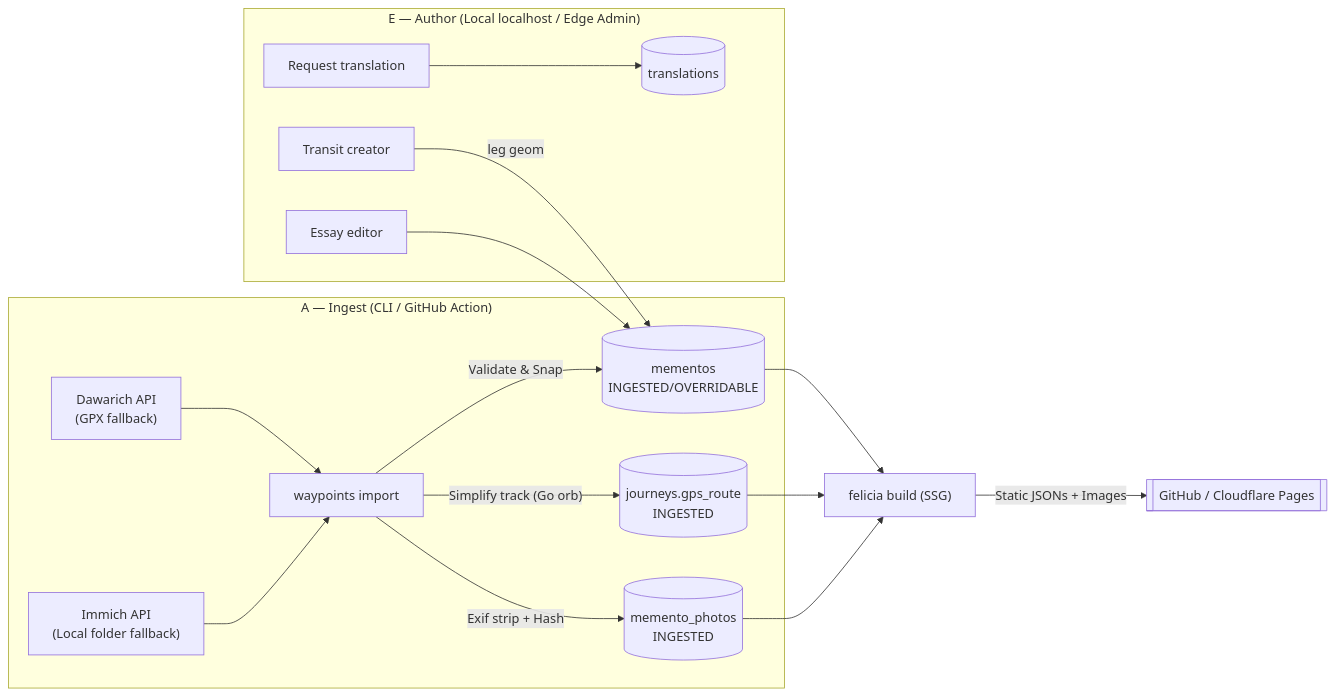
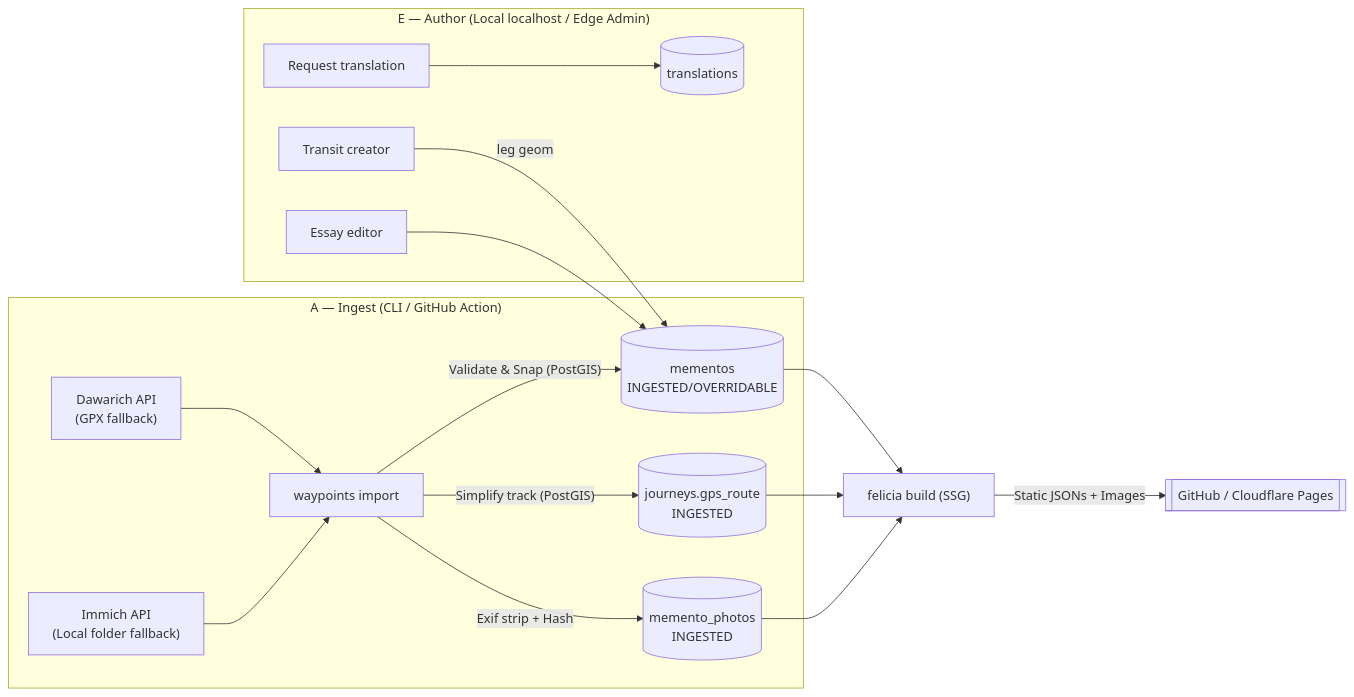
One commit to azusachino/felicia changed the second of 2 diagrams in docs/research/data-model.md. Above: the diagram before and after it, drawn with Mermaid. The commit also changed other lines of this file and 3 other files, not shown here.

````diff
--- a/docs/research/data-model.md
+++ b/docs/research/data-model.md
@@ -329,19 +242,19 @@
 ```mermaid
 flowchart LR
   subgraph A["A — Ingest (CLI / GitHub Action)"]
     daw["Dawarich API\n(GPX fallback)"] --> imp["waypoints import"]
     photos["Immich API\n(Local folder fallback)"] --> imp
-    imp -->|"Simplify track (Go orb)"| gr[("journeys.gps_route\nINGESTED")]
+    imp -->|"Simplify track (PostGIS)"| gr[("journeys.gps_route\nINGESTED")]
     imp -->|"Exif strip + Hash"| ph[("memento_photos\nINGESTED")]
-    imp -->|"Validate & Snap"| mo[("mementos\nINGESTED/OVERRIDABLE")]
+    imp -->|"Validate & Snap (PostGIS)"| mo[("mementos\nINGESTED/OVERRIDABLE")]
   end
   subgraph E["E — Author (Local localhost / Edge Admin)"]
     tc["Transit creator"] -->|"leg geom"| mo
     au["Essay editor"] --> mo
     tr["Request translation"] --> tx[("translations")]
   end
   mo --> compile["felicia build (SSG)"]
   gr --> compile
   ph --> compile
   compile -->|"Static JSONs + Images"| static[["GitHub / Cloudflare Pages"]]
 ```
````
